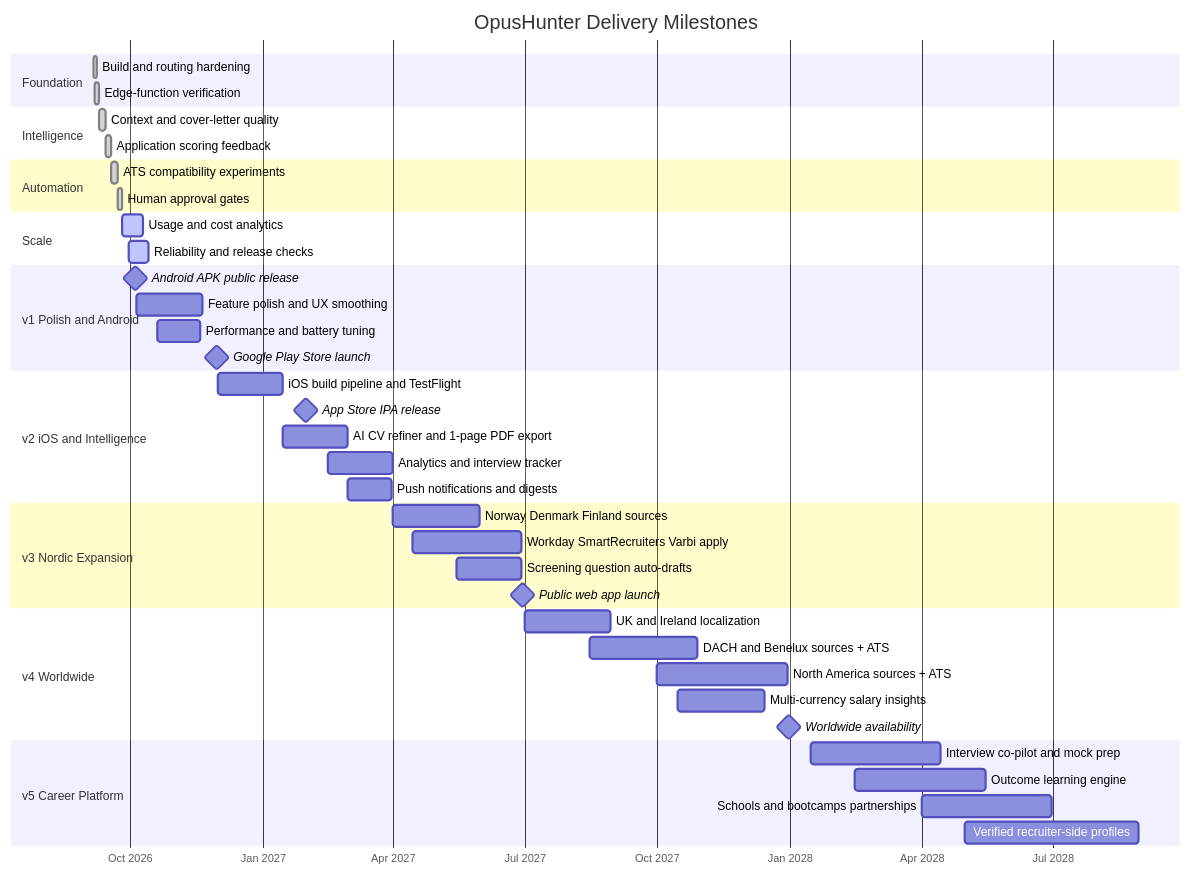
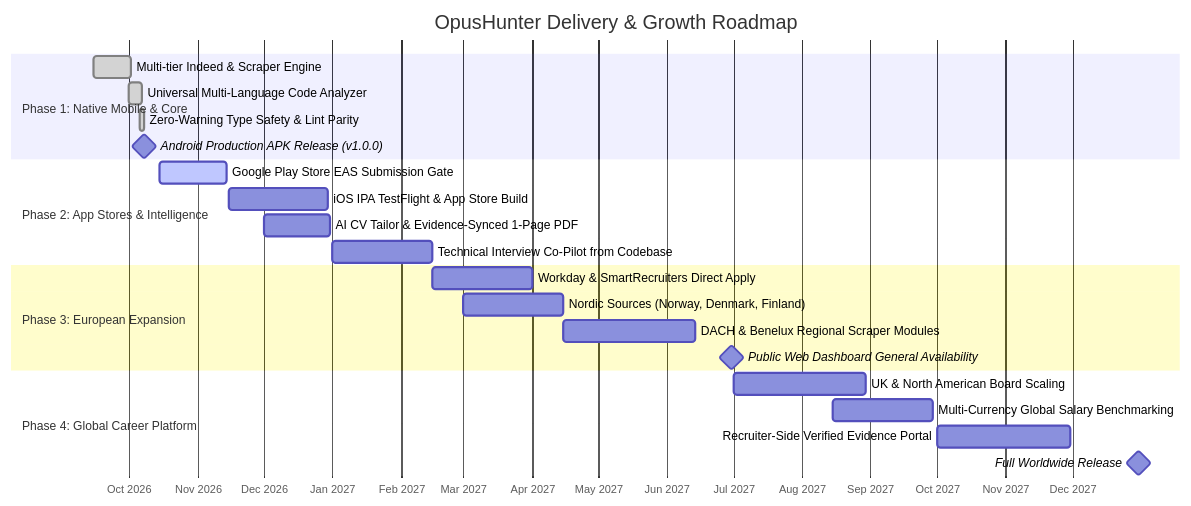
The fourth of 5 diagrams in README.md (AlexBuildsLTS/OpusHunter-Release), drawn with Mermaid before and after one commit. The commit also changed other lines of this file, not shown here.

Commit message:
Enhance README with delivery roadmap and milestones
Added detailed engineering delivery roadmap and milestone breakdown to README.

````diff
--- a/README.md
+++ b/README.md
@@ -322,45 +323,30 @@
 ```mermaid
 gantt
-  title OpusHunter Delivery Milestones
+  title OpusHunter Delivery & Growth Roadmap
   dateFormat  YYYY-MM-DD
   axisFormat  %b %Y
-  section Foundation
-  Build and routing hardening         :done, foundation, 2026-09-06, 2d
-  Edge-function verification          :done, edge, 2026-09-07, 3d
-  section Intelligence
-  Context and cover-letter quality    :done, context, 2026-09-10, 4d
-  Application scoring feedback        :done, score, 2026-09-14, 4d
-  section Automation
-  ATS compatibility experiments       :done, ats, 2026-09-18, 5d
-  Human approval gates                :done, gates, 2026-09-23, 3d
-  section Scale
-  Usage and cost analytics            :active, analytics, 2026-09-26, 14d
-  Reliability and release checks      :active, reliability, 2026-09-30, 14d
-  section v1 Polish and Android
-  Android APK public release          :milestone, apk, 2026-10-05, 0d
-  Feature polish and UX smoothing     :polish, 2026-10-06, 45d
-  Performance and battery tuning      :perf, 2026-10-20, 30d
-  Google Play Store launch            :milestone, play, 2026-11-30, 0d
-  section v2 iOS and Intelligence
-  iOS build pipeline and TestFlight   :ios, 2026-12-01, 45d
-  App Store IPA release               :milestone, ipa, 2027-01-31, 0d
-  AI CV refiner and 1-page PDF export :cv, 2027-01-15, 45d
-  Analytics and interview tracker     :track, 2027-02-15, 45d
-  Push notifications and digests      :push, 2027-03-01, 30d
-  section v3 Nordic Expansion
-  Norway Denmark Finland sources      :nordic, 2027-04-01, 60d
-  Workday SmartRecruiters Varbi apply :moreats, 2027-04-15, 75d
-  Screening question auto-drafts      :screen, 2027-05-15, 45d
-  Public web app launch               :milestone, web, 2027-06-30, 0d
-  section v4 Worldwide
-  UK and Ireland localization         :uk, 2027-07-01, 60d
-  DACH and Benelux sources + ATS      :dach, 2027-08-15, 75d
-  North America sources + ATS         :na, 2027-10-01, 90d
-  Multi-currency salary insights      :salary, 2027-10-15, 60d
-  Worldwide availability              :milestone, world, 2027-12-31, 0d
-  section v5 Career Platform
-  Interview co-pilot and mock prep    :copilot, 2028-01-15, 90d
-  Outcome learning engine             :learning, 2028-02-15, 90d
-  Schools and bootcamps partnerships  :schools, 2028-04-01, 90d
-  Verified recruiter-side profiles    :recruiter, 2028-05-01, 120d
+
+  section Phase 1: Native Mobile & Core
+  Multi-tier Indeed & Scraper Engine          :done, s1, 2026-09-15, 2026-10-02
+  Universal Multi-Language Code Analyzer      :done, s2, 2026-10-01, 2026-10-07
+  Zero-Warning Type Safety & Lint Parity      :done, s3, 2026-10-06, 2026-10-08
+  Android Production APK Release (v1.0.0)     :milestone, m1, 2026-10-08, 0d
+
+  section Phase 2: App Stores & Intelligence
+  Google Play Store EAS Submission Gate       :active, p1, 2026-10-15, 30d
+  iOS IPA TestFlight & App Store Build        :p2, 2026-11-15, 45d
+  AI CV Tailor & Evidence-Synced 1-Page PDF   :p3, 2026-12-01, 30d
+  Technical Interview Co-Pilot from Codebase  :p4, 2027-01-01, 45d
+
+  section Phase 3: European Expansion
+  Workday & SmartRecruiters Direct Apply      :e1, 2027-02-15, 45d
+  Nordic Sources (Norway, Denmark, Finland)   :e2, 2027-03-01, 45d
+  DACH & Benelux Regional Scraper Modules     :e3, 2027-04-15, 60d
+  Public Web Dashboard General Availability   :milestone, m2, 2027-06-30, 0d
+
+  section Phase 4: Global Career Platform
+  UK & North American Board Scaling           :g1, 2027-07-01, 60d
+  Multi-Currency Global Salary Benchmarking   :g2, 2027-08-15, 45d
+  Recruiter-Side Verified Evidence Portal     :g3, 2027-10-01, 60d
+  Full Worldwide Release                      :milestone, m3, 2027-12-31, 0d
 ```
````
